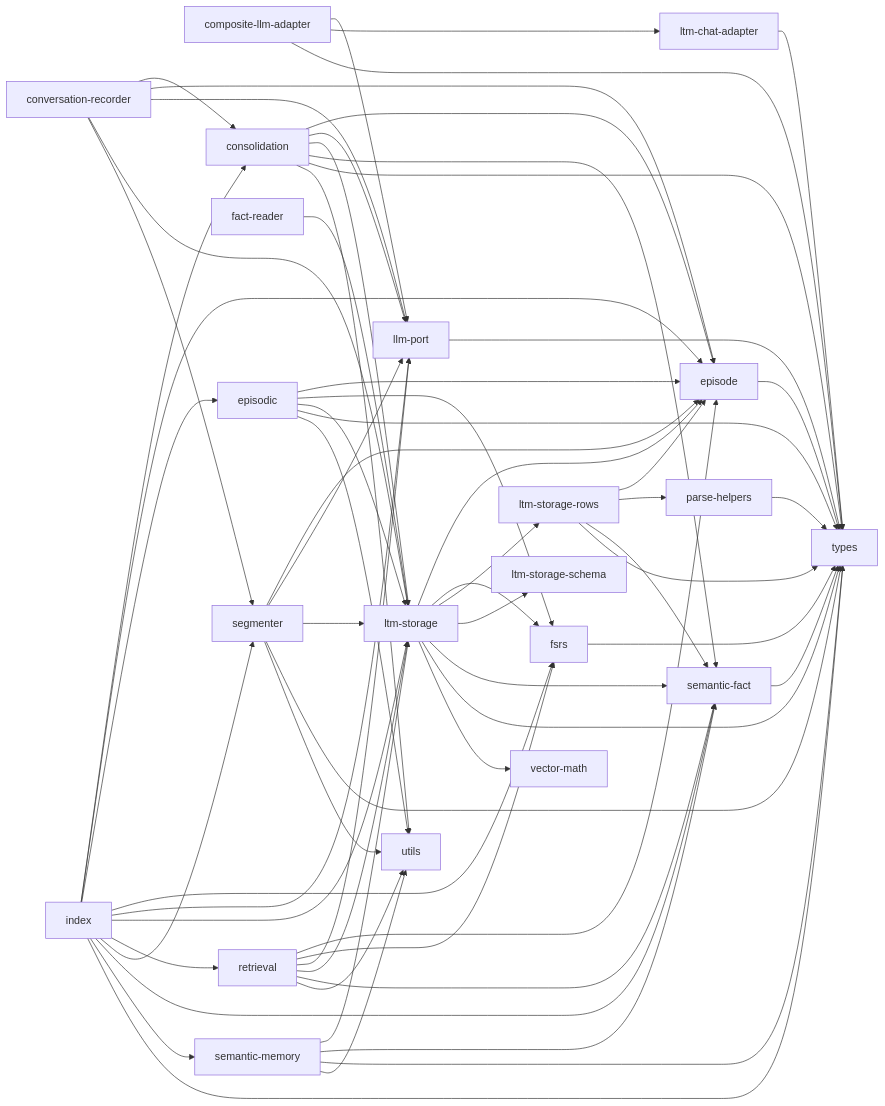
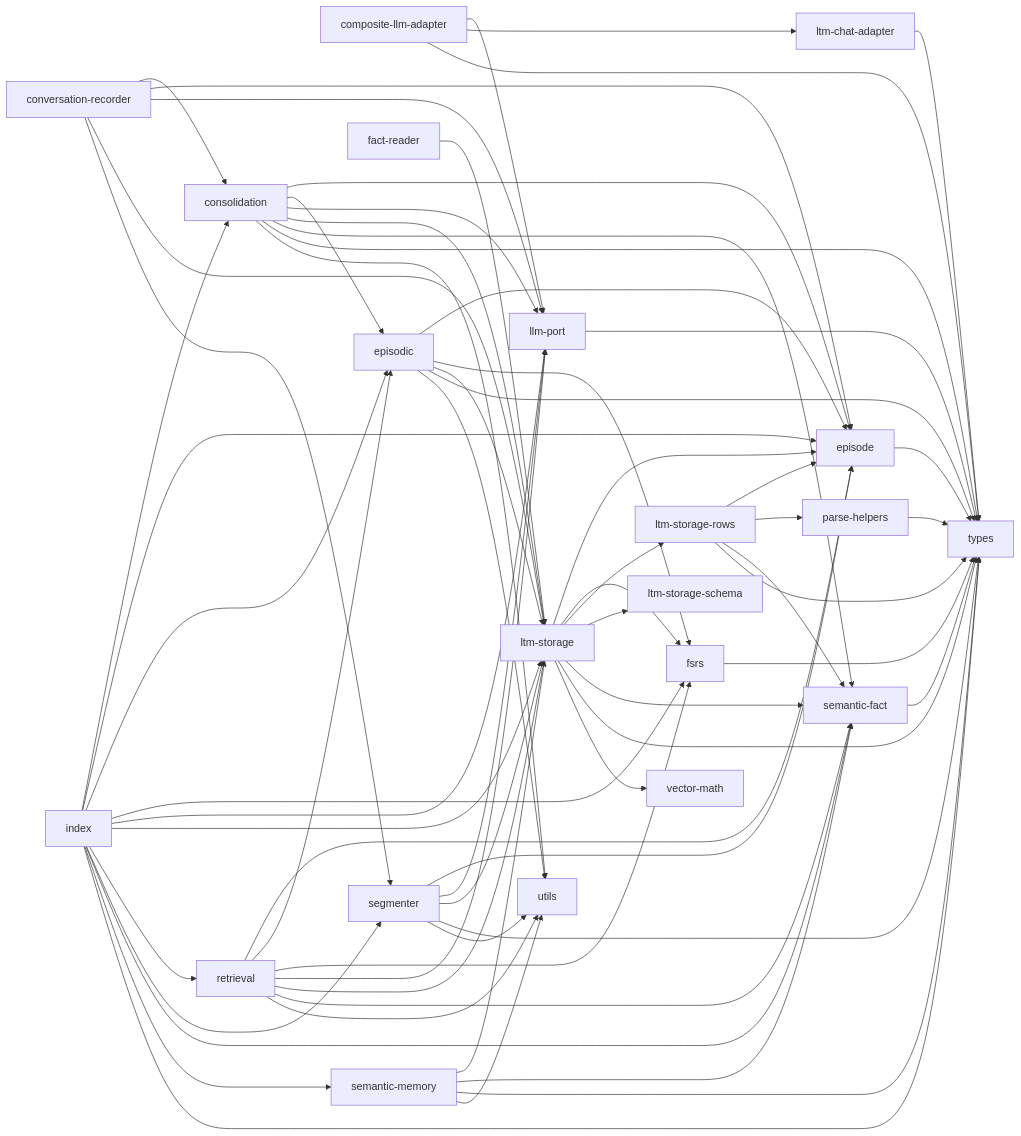
One commit to OJII3/vicissitude changed the diagram in src/ltm/DEPS.md. Above: the diagram before and after it, drawn with Mermaid. The commit also changed other lines of this file and 7 other files, not shown here.

````diff
--- a/src/ltm/DEPS.md
+++ b/src/ltm/DEPS.md
@@ -7,70 +7,72 @@
 ```mermaid
 graph LR
   composite_llm_adapter["composite-llm-adapter"] --> llm_port["llm-port"]
   composite_llm_adapter["composite-llm-adapter"] --> ltm_chat_adapter["ltm-chat-adapter"]
   composite_llm_adapter["composite-llm-adapter"] --> types
   consolidation --> episode
+  consolidation --> episodic
   consolidation --> llm_port["llm-port"]
   consolidation --> ltm_storage["ltm-storage"]
   consolidation --> semantic_fact["semantic-fact"]
   consolidation --> types
   consolidation --> utils
   conversation_recorder["conversation-recorder"] --> consolidation
   conversation_recorder["conversation-recorder"] --> episode
   conversation_recorder["conversation-recorder"] --> llm_port["llm-port"]
   conversation_recorder["conversation-recorder"] --> ltm_storage["ltm-storage"]
   conversation_recorder["conversation-recorder"] --> segmenter
   episode --> types
   episodic --> episode
   episodic --> fsrs
   episodic --> ltm_storage["ltm-storage"]
   episodic --> types
   episodic --> utils
   fact_reader["fact-reader"] --> ltm_storage["ltm-storage"]
   fsrs --> types
   index --> consolidation
   index --> episode
   index --> episodic
   index --> fsrs
   index --> llm_port["llm-port"]
   index --> ltm_storage["ltm-storage"]
   index --> retrieval
   index --> segmenter
   index --> semantic_fact["semantic-fact"]
   index --> semantic_memory["semantic-memory"]
   index --> types
   llm_port["llm-port"] --> types
   ltm_chat_adapter["ltm-chat-adapter"] --> types
   ltm_storage["ltm-storage"] --> episode
   ltm_storage["ltm-storage"] --> fsrs
   ltm_storage["ltm-storage"] --> ltm_storage_rows["ltm-storage-rows"]
   ltm_storage["ltm-storage"] --> ltm_storage_schema["ltm-storage-schema"]
   ltm_storage["ltm-storage"] --> semantic_fact["semantic-fact"]
   ltm_storage["ltm-storage"] --> types
   ltm_storage["ltm-storage"] --> vector_math["vector-math"]
   ltm_storage_rows["ltm-storage-rows"] --> episode
   ltm_storage_rows["ltm-storage-rows"] --> parse_helpers["parse-helpers"]
   ltm_storage_rows["ltm-storage-rows"] --> semantic_fact["semantic-fact"]
   ltm_storage_rows["ltm-storage-rows"] --> types
   ltm_storage_schema["ltm-storage-schema"]
   parse_helpers["parse-helpers"] --> types
   retrieval --> episode
+  retrieval --> episodic
   retrieval --> fsrs
   retrieval --> llm_port["llm-port"]
   retrieval --> ltm_storage["ltm-storage"]
   retrieval --> semantic_fact["semantic-fact"]
   retrieval --> utils
   segmenter --> episode
   segmenter --> llm_port["llm-port"]
   segmenter --> ltm_storage["ltm-storage"]
   segmenter --> types
   segmenter --> utils
   semantic_fact["semantic-fact"] --> types
   semantic_memory["semantic-memory"] --> ltm_storage["ltm-storage"]
   semantic_memory["semantic-memory"] --> semantic_fact["semantic-fact"]
   semantic_memory["semantic-memory"] --> types
   semantic_memory["semantic-memory"] --> utils
   types
   utils
   vector_math["vector-math"]
 ```
````
